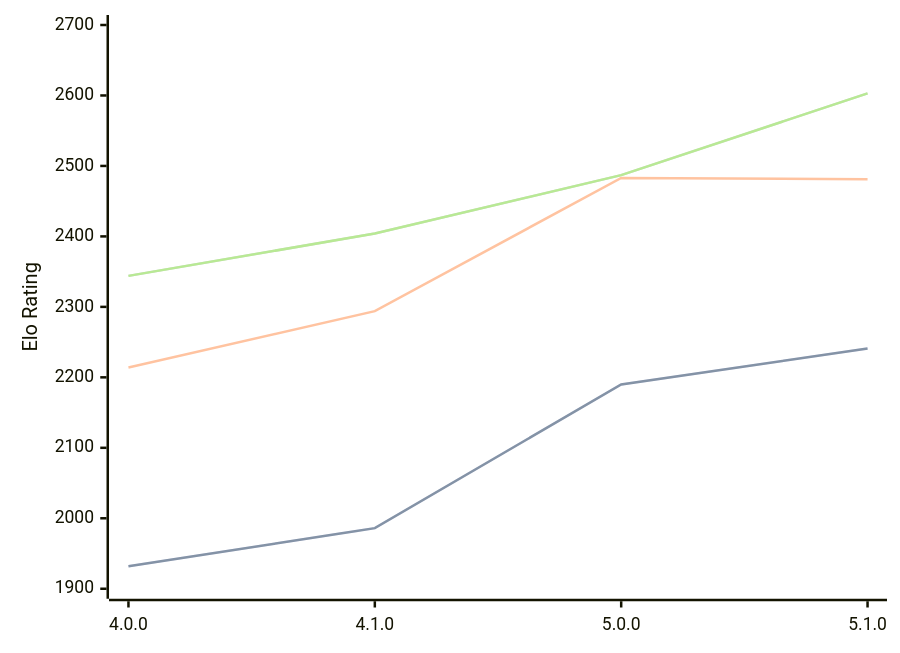
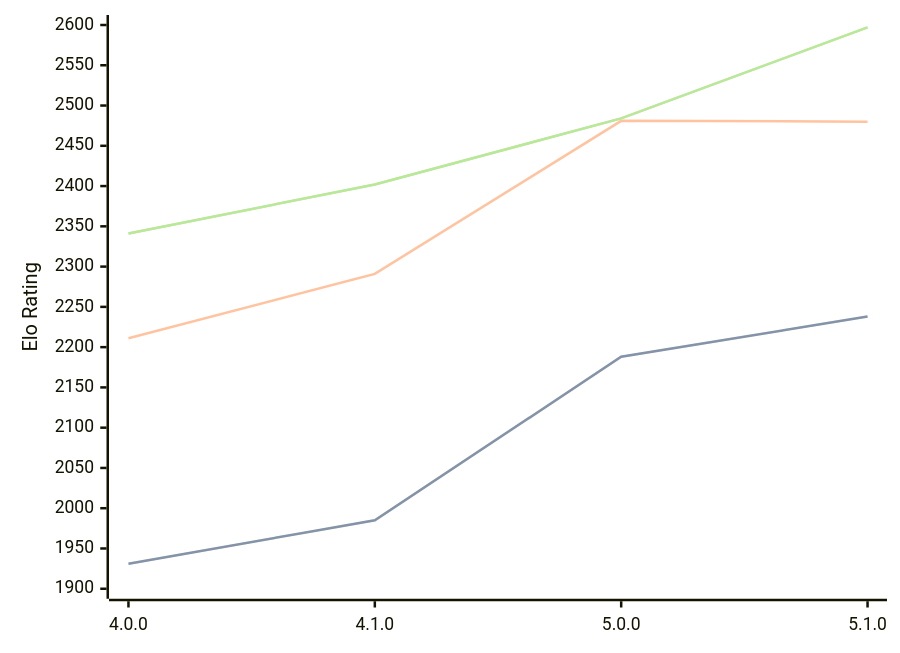
Before and after one commit to computer-chess-index/cci: the diagram in engines/Aconcagua.md, drawn with Mermaid. The commit also changed other lines of this file, not shown here.

Commit message:
Update CCI Ratings (ELO VLTC) - 2026-04-01

````diff
--- a/engines/Aconcagua.md
+++ b/engines/Aconcagua.md
@@ -43,11 +43,11 @@
 ```mermaid
 %%{init: {"theme":"base","themeVariables":{"seriesColors:['#a3a3a3','#222221','#faa371']}}}%%
 xychart-beta
   x-axis ["4.0.0", "4.1.0", "5.0.0", "5.1.0"]
-  y-axis "Elo Rating" 1900 --> 2700
-  line "STC (8.0+0.08s)" [1932, 1986, 2190, 2241]
-  line "STC (8.0+0.08s)" [1932, 1986, 2190, 2241]
-  line "LTC (60.0+0.60s)" [2214, 2294, 2483, 2481]
-  line "VLTC (2m24s+1.12s)" [2344, 2404, 2487, 2603]
-  line "VLTC (2m24s+1.12s)" [2344, 2404, 2487, 2603]
+  y-axis "Elo Rating" 1900 --> 2600
+  line "STC (8.0+0.08s)" [1931, 1985, 2188, 2238]
+  line "STC (8.0+0.08s)" [1931, 1985, 2188, 2238]
+  line "LTC (60.0+0.60s)" [2211, 2291, 2481, 2480]
+  line "VLTC (2m24s+1.12s)" [2341, 2402, 2484, 2597]
+  line "VLTC (2m24s+1.12s)" [2341, 2402, 2484, 2597]
 ```
````
